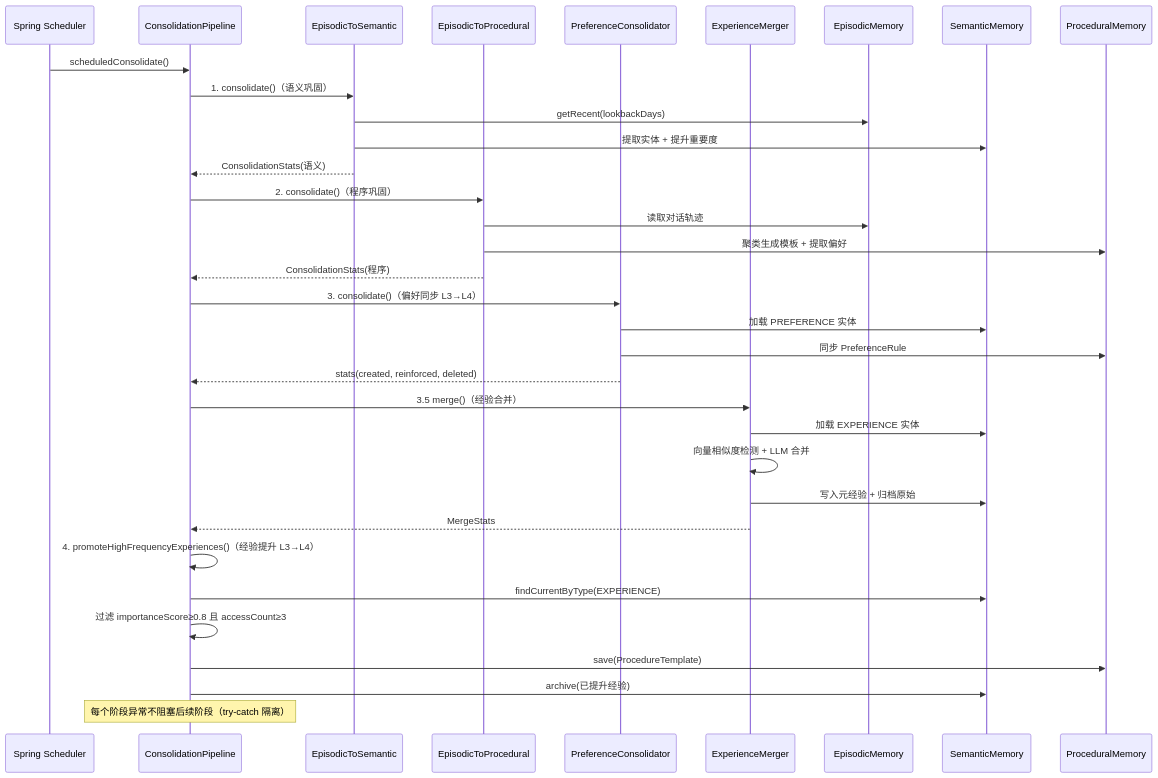
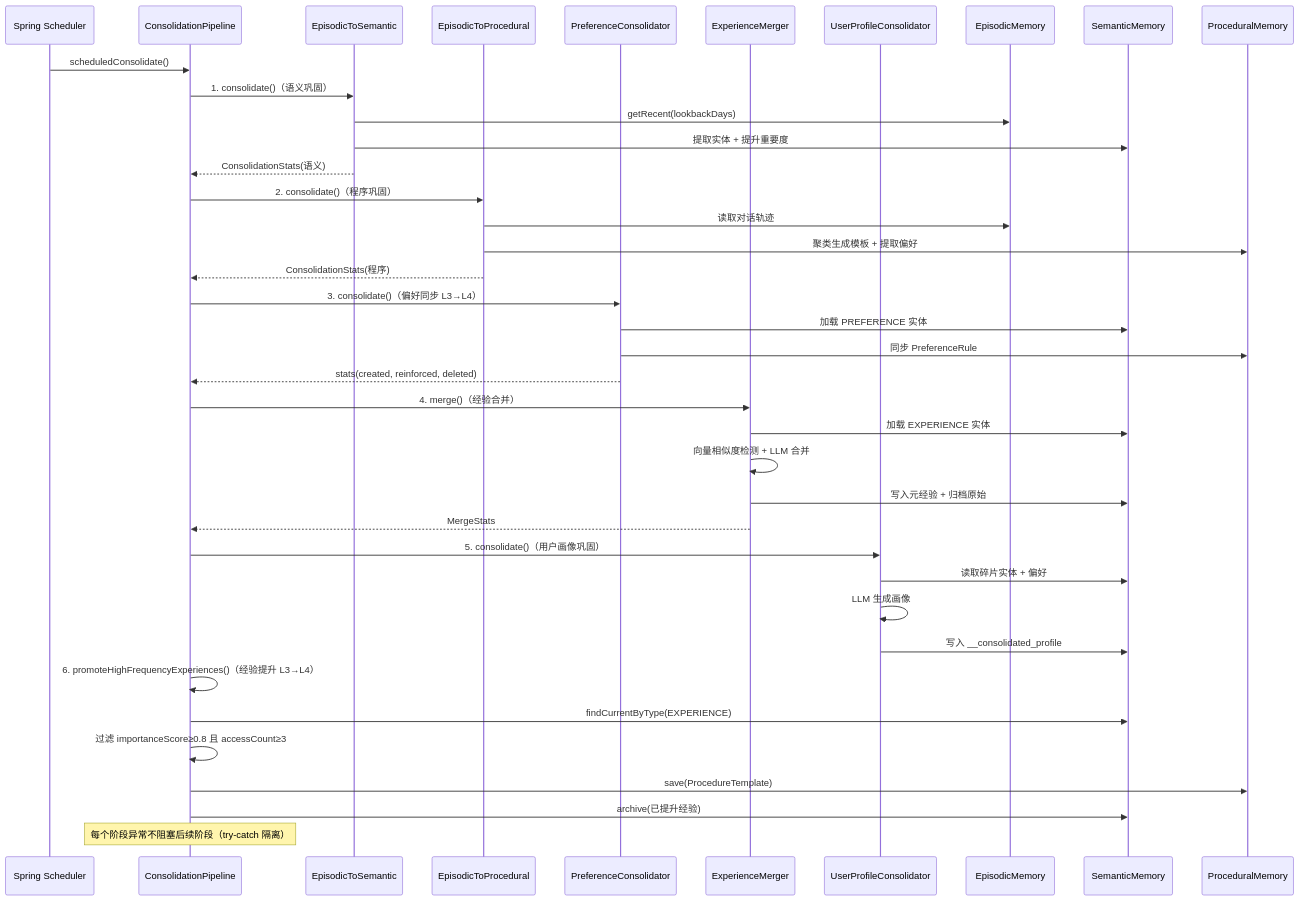
Before and after one commit to ntygod/LifePilot: the second of 3 diagrams in docs/architecture/memory-advanced.md, drawn with Mermaid. The commit also changed other lines of this file and 26 other files, not shown here.

````diff
--- a/docs/architecture/memory-advanced.md
+++ b/docs/architecture/memory-advanced.md
@@ -157,43 +161,49 @@
 ```mermaid
 sequenceDiagram
     participant SCH as Spring Scheduler
     participant CP as ConsolidationPipeline
     participant E2S as EpisodicToSemantic
     participant E2P as EpisodicToProcedural
     participant PrefCon as PreferenceConsolidator
     participant EM_M as ExperienceMerger
+    participant UPC as UserProfileConsolidator
     participant EM as EpisodicMemory
     participant SM as SemanticMemory
     participant PM as ProceduralMemory
 
     SCH->>CP: scheduledConsolidate()
 
     CP->>E2S: 1. consolidate()（语义巩固）
     E2S->>EM: getRecent(lookbackDays)
     E2S->>SM: 提取实体 + 提升重要度
     E2S-->>CP: ConsolidationStats(语义)
 
     CP->>E2P: 2. consolidate()（程序巩固）
     E2P->>EM: 读取对话轨迹
     E2P->>PM: 聚类生成模板 + 提取偏好
     E2P-->>CP: ConsolidationStats(程序)
 
     CP->>PrefCon: 3. consolidate()（偏好同步 L3→L4）
     PrefCon->>SM: 加载 PREFERENCE 实体
     PrefCon->>PM: 同步 PreferenceRule
     PrefCon-->>CP: stats(created, reinforced, deleted)
 
-    CP->>EM_M: 3.5 merge()（经验合并）
+    CP->>EM_M: 4. merge()（经验合并）
     EM_M->>SM: 加载 EXPERIENCE 实体
     EM_M->>EM_M: 向量相似度检测 + LLM 合并
     EM_M->>SM: 写入元经验 + 归档原始
     EM_M-->>CP: MergeStats
 
-    CP->>CP: 4. promoteHighFrequencyExperiences()（经验提升 L3→L4）
+    CP->>UPC: 5. consolidate()（用户画像巩固）
+    UPC->>SM: 读取碎片实体 + 偏好
+    UPC->>UPC: LLM 生成画像
+    UPC->>SM: 写入 __consolidated_profile
+
+    CP->>CP: 6. promoteHighFrequencyExperiences()（经验提升 L3→L4）
     CP->>SM: findCurrentByType(EXPERIENCE)
     CP->>CP: 过滤 importanceScore≥0.8 且 accessCount≥3
     CP->>PM: save(ProcedureTemplate)
     CP->>SM: archive(已提升经验)
 
     Note over CP: 每个阶段异常不阻塞后续阶段（try-catch 隔离）
 ```
````
